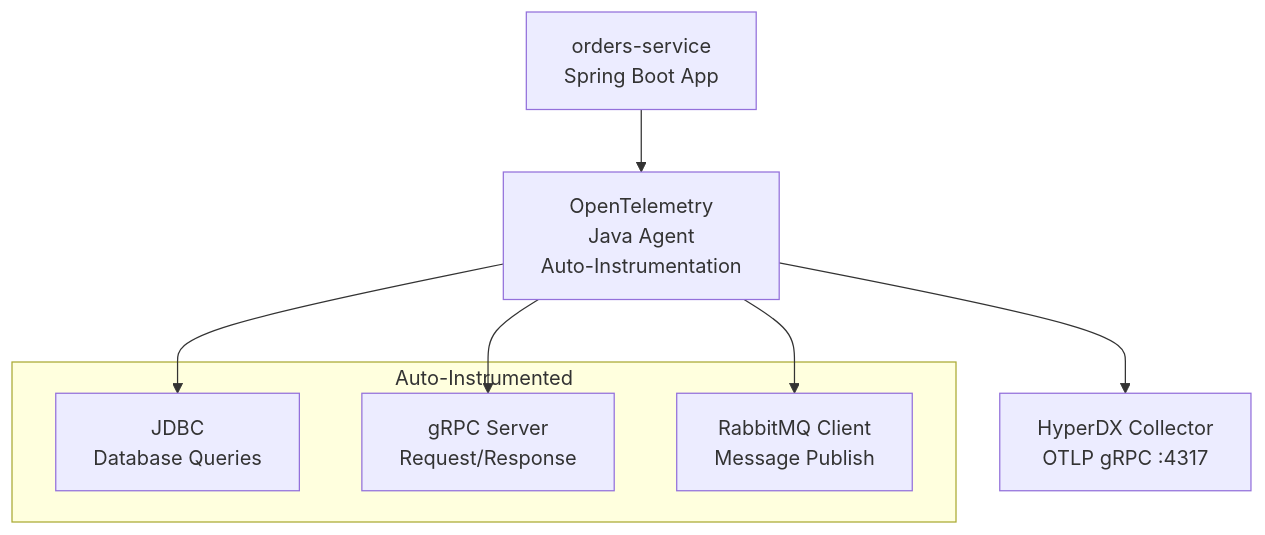
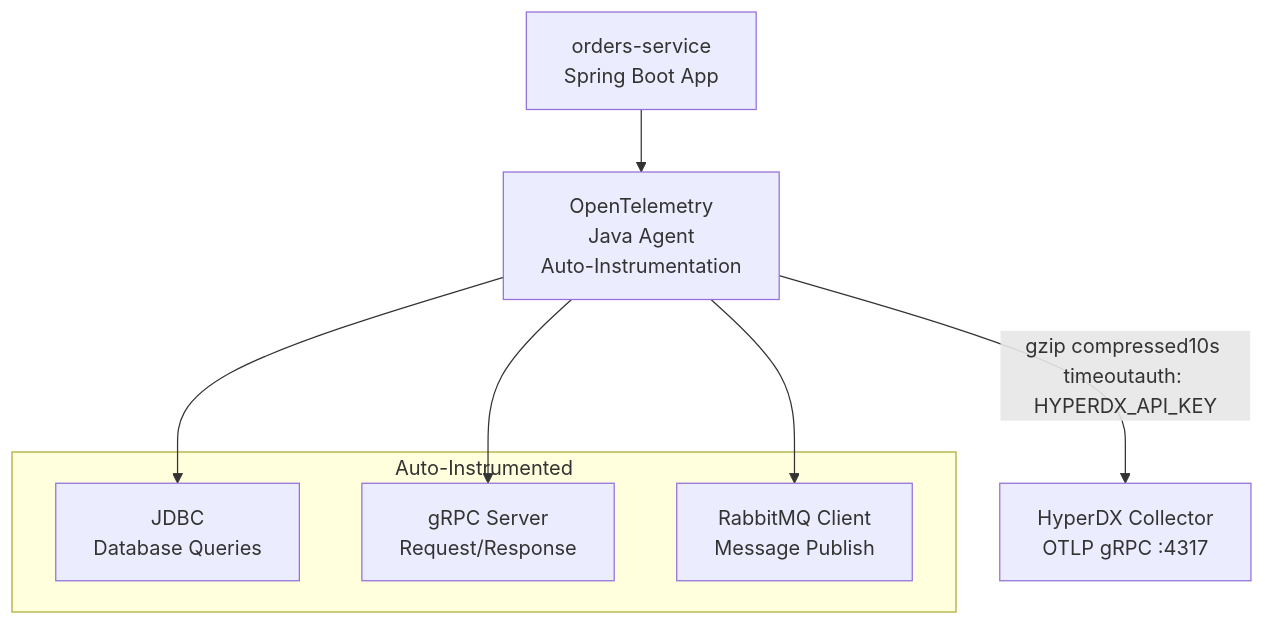
Before and after one commit to philipz/spring-modular-monolith: the eighth of 10 diagrams in docs/deepwiki/Orders-Service-Architecture.md, drawn with Mermaid. The commit also changed other lines of this file and 55 other files, not shown here.

````diff
--- a/docs/deepwiki/Orders-Service-Architecture.md
+++ b/docs/deepwiki/Orders-Service-Architecture.md
@@ -504,22 +504,22 @@
 ```mermaid
 flowchart TD
 
 OrdersService["orders-service<br>Spring Boot App"]
 OTelAgent["OpenTelemetry<br>Java Agent<br>Auto-Instrumentation"]
 HyperDX["HyperDX Collector<br>OTLP gRPC :4317"]
 JDBC["JDBC<br>Database Queries"]
 gRPC["gRPC Server<br>Request/Response"]
 RabbitMQInst["RabbitMQ Client<br>Message Publish"]
 
 OrdersService --> OTelAgent
-OTelAgent --> HyperDX
+OTelAgent -->|"gzip compressed10s timeoutauth: HYPERDX_API_KEY"| HyperDX
 OTelAgent --> JDBC
 OTelAgent --> gRPC
 OTelAgent --> RabbitMQInst
 
 subgraph Auto-Instrumented ["Auto-Instrumented"]
     JDBC
     gRPC
     RabbitMQInst
 end
 ```
````
